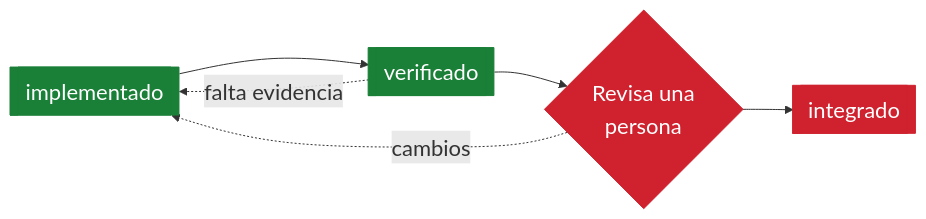
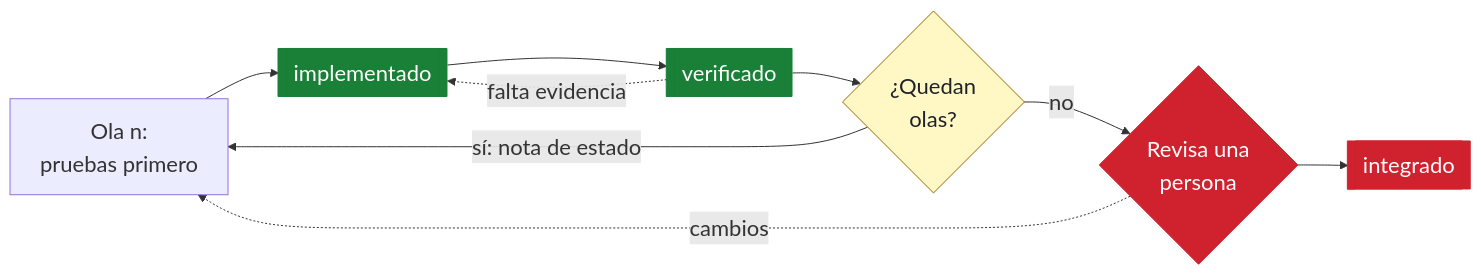
The second of 2 diagrams in README.md (arielelevy/fdd), drawn with Mermaid before and after one commit. The commit also changed other lines of this file and 1 other file, not shown here.

````diff
--- a/README.md
+++ b/README.md
@@ -118,14 +133,19 @@
 ```mermaid
 %%{init: {"themeVariables": {"fontSize": "22px"}}}%%
 flowchart LR
-    G[["implementado"]] --> H[["verificado"]]
+    O["Ola n:<br/>pruebas primero"] --> G[["implementado"]]
+    G --> H[["verificado"]]
     H -. "falta evidencia" .-> G
-    H --> I{"Revisa una<br/>persona"}
-    I -. "cambios" .-> G
+    H --> Q{"¿Quedan<br/>olas?"}
+    Q -- "sí: nota de estado" --> O
+    Q -- "no" --> I{"Revisa una<br/>persona"}
+    I -. "cambios" .-> O
     I --> J[["integrado"]]
 
     classDef hito fill:#1a7f37,stroke:#1a7f37,color:#ffffff
     classDef humano fill:#cf222e,stroke:#cf222e,color:#ffffff
+    classDef decision fill:#fff8c5,stroke:#9a6700,color:#1f2328
     class G,H hito
     class I,J humano
+    class Q decision
 ```
````
